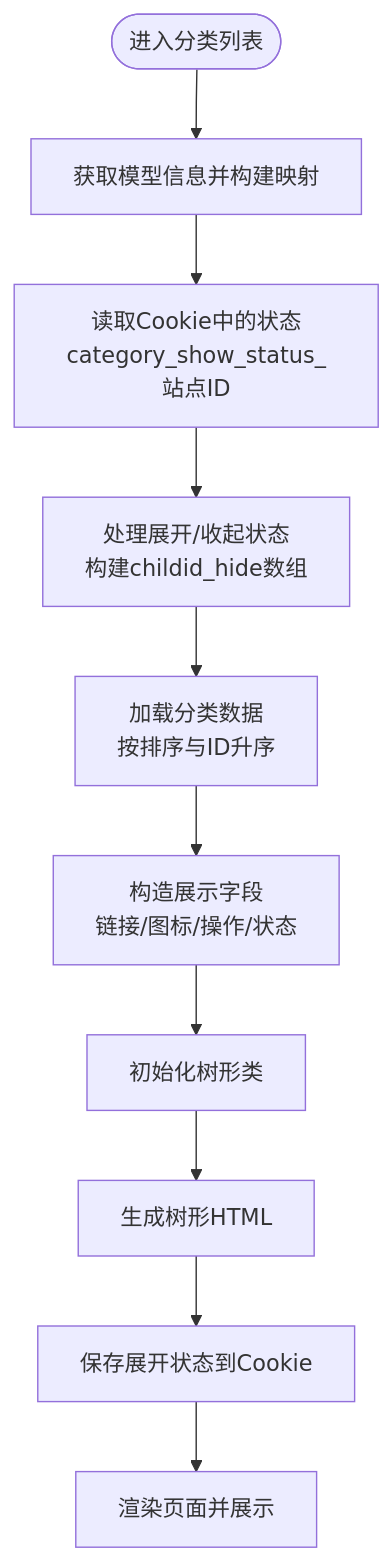
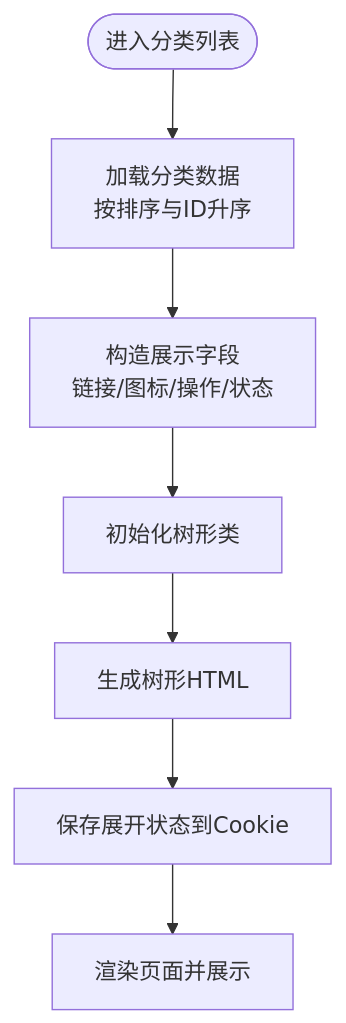
One commit to lirongyaoper/lryblog.com changed the third of 10 diagrams in .qoder/repowiki/zh/content/后台管理模块/分类管理/分类管理.md. Above: the diagram before and after it, drawn with Mermaid. The commit also changed other lines of this file and 13 other files, not shown here.

````diff
--- a/.qoder/repowiki/zh/content/后台管理模块/分类管理/分类管理.md
+++ b/.qoder/repowiki/zh/content/后台管理模块/分类管理/分类管理.md
@@ -142,12 +125,9 @@
 ```mermaid
 flowchart TD
-Start(["进入分类列表"]) --> LoadModels["获取模型信息并构建映射"]
-LoadModels --> LoadCookie["读取Cookie中的状态<br/>category_show_status_站点ID"]
-LoadCookie --> ProcessStatus["处理展开/收起状态<br/>构建childid_hide数组"]
-ProcessStatus --> LoadData["加载分类数据<br/>按排序与ID升序"]
+Start(["进入分类列表"]) --> LoadData["加载分类数据<br/>按排序与ID升序"]
 LoadData --> BuildFields["构造展示字段<br/>链接/图标/操作/状态"]
 BuildFields --> InitTree["初始化树形类"]
 InitTree --> RenderTree["生成树形HTML"]
 RenderTree --> SaveStatus["保存展开状态到Cookie"]
 SaveStatus --> ShowPage["渲染页面并展示"]
 ```
````
